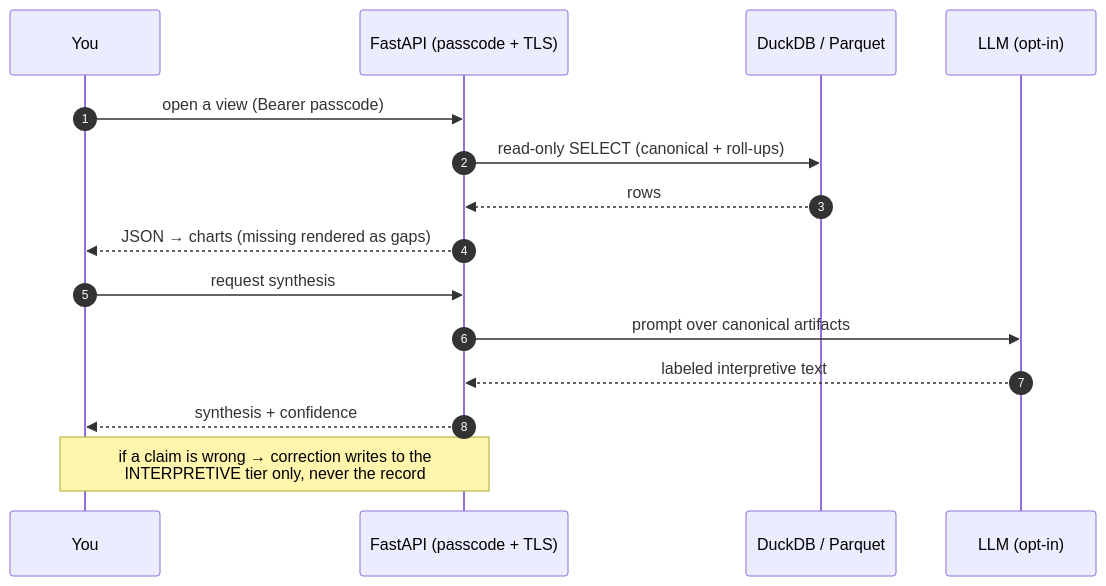
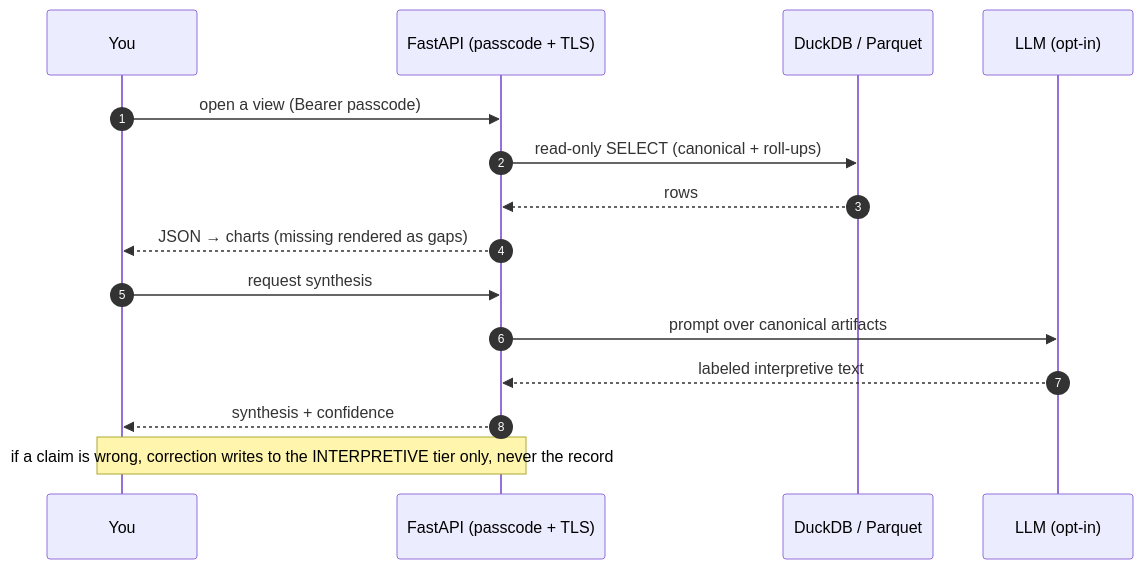
One commit to jjrdevs/PMBRS changed the third of 3 diagrams in README.md. Above: the diagram before and after it, drawn with Mermaid. The commit also changed other lines of this file, not shown here.

First line of the commit message:
README: fix mermaid trust diagram (parse error + readability)

````diff
--- a/README.md
+++ b/README.md
@@ -189,17 +197,17 @@
 ```mermaid
 sequenceDiagram
   autonumber
   participant You
   participant API as FastAPI (passcode + TLS)
   participant Store as DuckDB / Parquet
   participant LLM as LLM (opt-in)
   You->>API: open a view (Bearer passcode)
   API->>Store: read-only SELECT (canonical + roll-ups)
   Store-->>API: rows
   API-->>You: JSON → charts (missing rendered as gaps)
   You->>API: request synthesis
   API->>LLM: prompt over canonical artifacts
   LLM-->>API: labeled interpretive text
   API-->>You: synthesis + confidence
-  Note over You,API: if a claim is wrong → correction writes to the<br/>INTERPRETIVE tier only, never the record
+  Note over You,API: if a claim is wrong, correction writes to the INTERPRETIVE tier only, never the record
 ```
````
